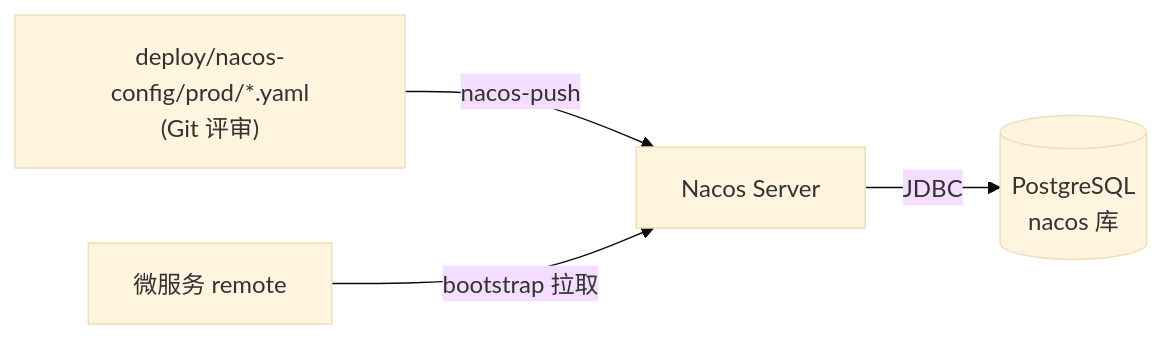
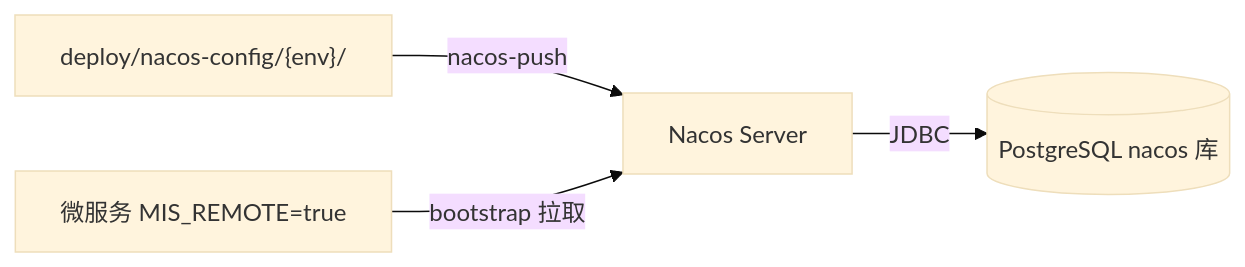
One commit to 13961588612/mis-platform changed the diagram in docs/devops/configuration.md. Above: the diagram before and after it, drawn with Mermaid (base theme). The commit also changed other lines of this file and 14 other files, not shown here.

````diff
--- a/docs/devops/configuration.md
+++ b/docs/devops/configuration.md
@@ -17,6 +12,6 @@
 ```mermaid
 flowchart LR
-    Git["deploy/nacos-config/prod/*.yaml\n(Git 评审)"] -->|nacos-push| Nacos["Nacos Server"]
-    Nacos -->|JDBC| PG[("PostgreSQL\nnacos 库")]
-    MS["微服务 remote"] -->|bootstrap 拉取| Nacos
+    Git["deploy/nacos-config/{env}/"] -->|nacos-push| Nacos["Nacos Server"]
+    Nacos -->|JDBC| PG[("PostgreSQL nacos 库")]
+    MS["微服务 MIS_REMOTE=true"] -->|bootstrap 拉取| Nacos
 ```
````
